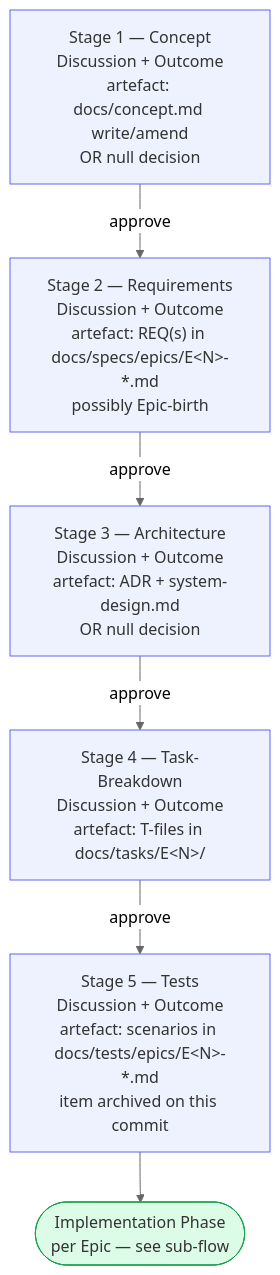
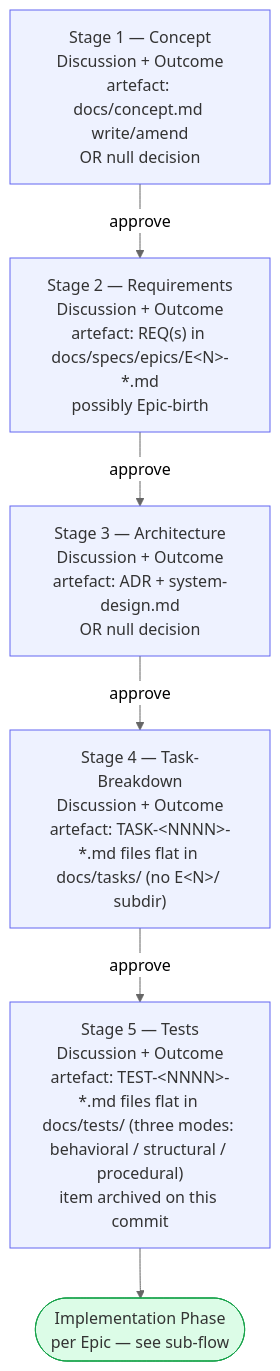
One commit to mthoatgit/project-template changed the second of 5 diagrams in docs/workflow-overview.md. Above: the diagram before and after it, drawn with Mermaid (neutral theme). The commit also changed other lines of this file and 1 other file, not shown here.

First paragraph of the commit message:
docs: sync README + workflow-overview.md to REQ-0006 flat + three-mode conventions
Sweeps documentation-level references that still pointed at the retired
docs/tasks/E<N>/T<NN>-*.md and docs/tests/epics/E<N>-*.md path shapes.

````diff
--- a/docs/workflow-overview.md
+++ b/docs/workflow-overview.md
@@ -43,15 +43,15 @@
 ```mermaid
 flowchart TD
     S1["Stage 1 — Concept<br/>Discussion + Outcome<br/>artefact: docs/concept.md write/amend<br/>OR null decision"]
     S1 -->|approve| S2["Stage 2 — Requirements<br/>Discussion + Outcome<br/>artefact: REQ(s) in docs/specs/epics/E&lt;N&gt;-*.md<br/>possibly Epic-birth"]
     S2 -->|approve| S3["Stage 3 — Architecture<br/>Discussion + Outcome<br/>artefact: ADR + system-design.md<br/>OR null decision"]
-    S3 -->|approve| S4["Stage 4 — Task-Breakdown<br/>Discussion + Outcome<br/>artefact: T-files in docs/tasks/E&lt;N&gt;/"]
-    S4 -->|approve| S5["Stage 5 — Tests<br/>Discussion + Outcome<br/>artefact: scenarios in docs/tests/epics/E&lt;N&gt;-*.md<br/>item archived on this commit"]
+    S3 -->|approve| S4["Stage 4 — Task-Breakdown<br/>Discussion + Outcome<br/>artefact: TASK-&lt;NNNN&gt;-*.md files flat in docs/tasks/ (no E&lt;N&gt;/ subdir)"]
+    S4 -->|approve| S5["Stage 5 — Tests<br/>Discussion + Outcome<br/>artefact: TEST-&lt;NNNN&gt;-*.md files flat in docs/tests/ (three modes: behavioral / structural / procedural)<br/>item archived on this commit"]
     S5 --> Impl(["Implementation Phase<br/>per Epic — see sub-flow"])
 
     classDef gate fill:#fff3cd,stroke:#d4a017,color:#333;
     classDef doc fill:#eef2ff,stroke:#6366f1,color:#333;
     classDef terminal fill:#dcfce7,stroke:#16a34a,color:#333;
     class S1,S2,S3,S4,S5 doc;
     class Impl terminal;
 ```
````
